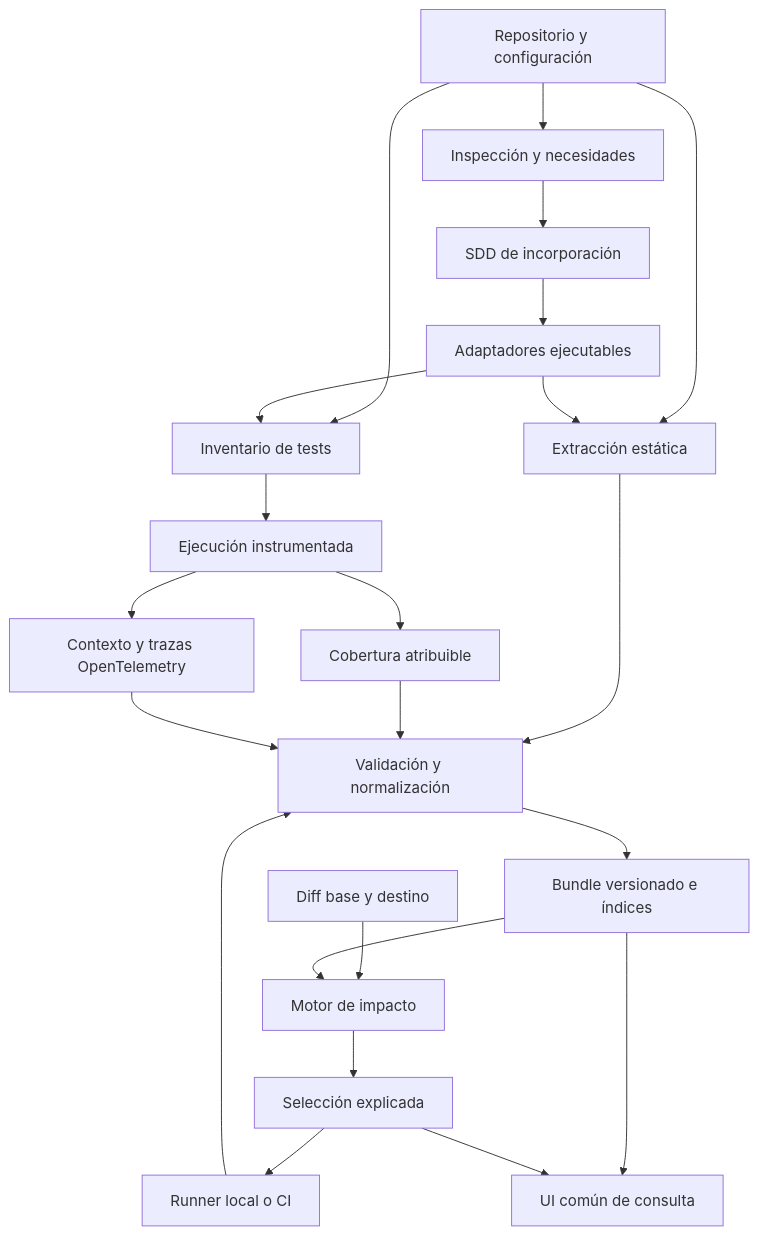
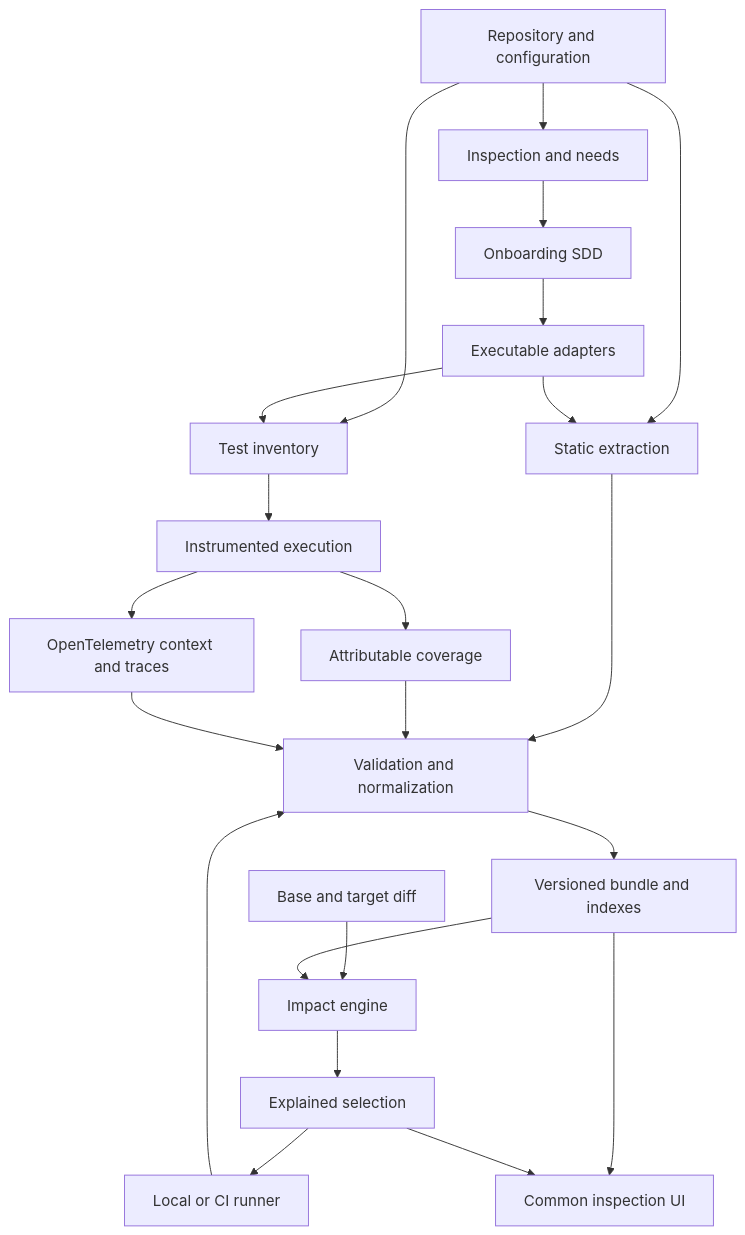
Before and after one commit to HectorPelicanoAH/test-impact-lab: the diagram in portable/docs/SDD.md, drawn with Mermaid. The commit also changed other lines of this file and 8 other files, not shown here.

````diff
--- a/portable/docs/SDD.md
+++ b/portable/docs/SDD.md
@@ -197,24 +197,24 @@
 ```mermaid
 flowchart TD
-  R[Repositorio y configuración] --> I[Inspección y necesidades]
-  I --> P[SDD de incorporación]
-  P --> A[Adaptadores ejecutables]
-  R --> S[Extracción estática]
+  R[Repository and configuration] --> I[Inspection and needs]
+  I --> P[Onboarding SDD]
+  P --> A[Executable adapters]
+  R --> S[Static extraction]
   A --> S
-  R --> T[Inventario de tests]
+  R --> T[Test inventory]
   A --> T
-  T --> X[Ejecución instrumentada]
-  X --> C[Cobertura atribuible]
-  X --> O[Contexto y trazas OpenTelemetry]
-  S --> N[Validación y normalización]
+  T --> X[Instrumented execution]
+  X --> C[Attributable coverage]
+  X --> O[OpenTelemetry context and traces]
+  S --> N[Validation and normalization]
   C --> N
   O --> N
-  N --> B[Bundle versionado e índices]
-  D[Diff base y destino] --> M[Motor de impacto]
+  N --> B[Versioned bundle and indexes]
+  D[Base and target diff] --> M[Impact engine]
   B --> M
-  M --> L[Selección explicada]
-  L --> E[Runner local o CI]
+  M --> L[Explained selection]
+  L --> E[Local or CI runner]
   E --> N
-  B --> U[UI común de consulta]
+  B --> U[Common inspection UI]
   L --> U
 ```
````
